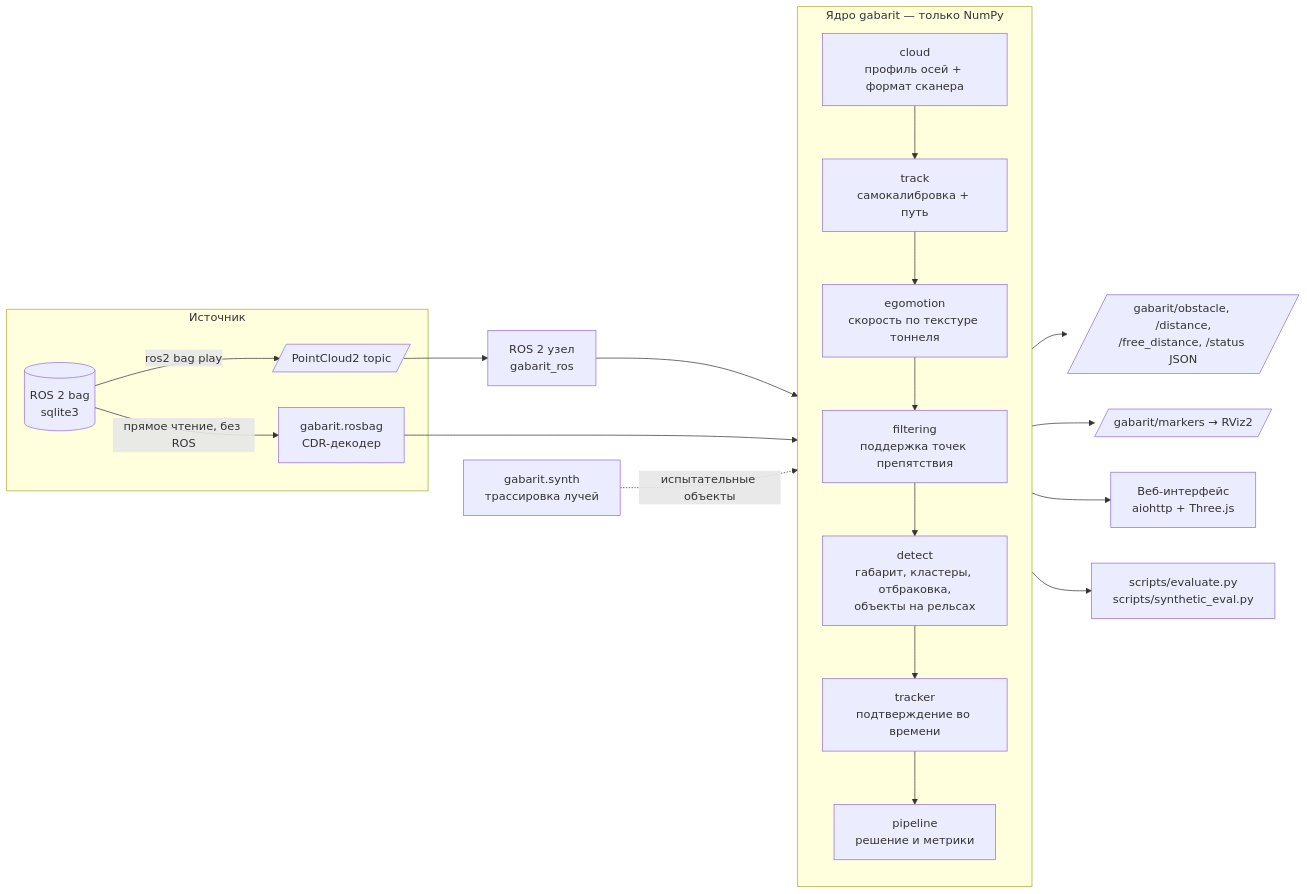
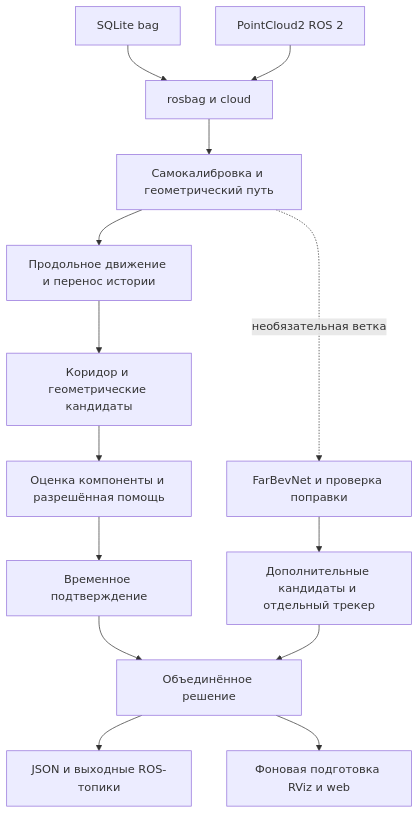
Before and after one commit to EnglishMan47/Gabarit_metro: the diagram in docs/ARCHITECTURE.md, drawn with Mermaid. The commit also changed other lines of this file and 27 other files, not shown here.

````diff
--- a/docs/ARCHITECTURE.md
+++ b/docs/ARCHITECTURE.md
@@ -3,24 +5,16 @@
 ```mermaid
-flowchart LR
-    subgraph Источник
-      BAG[(ROS 2 bag<br/>sqlite3)] -->|ros2 bag play| TOPIC[/PointCloud2 topic/]
-      BAG -->|прямое чтение, без ROS| READER[gabarit.rosbag<br/>CDR-декодер]
-    end
-    TOPIC --> NODE[ROS 2 узел<br/>gabarit_ros]
-    NODE --> CORE
-    READER --> CORE
-    subgraph CORE[Ядро gabarit — только NumPy]
-      direction TB
-      C1[cloud<br/>профиль осей + формат сканера] --> C2[track<br/>самокалибровка + путь]
-      C2 --> C3[egomotion<br/>скорость по текстуре тоннеля]
-      C3 --> FILTER[filtering<br/>поддержка точек препятствия]
-      FILTER --> C4[detect<br/>габарит, кластеры, отбраковка,<br/>объекты на рельсах]
-      C4 --> C5[tracker<br/>подтверждение во времени]
-      C5 --> C6[pipeline<br/>решение и метрики]
-    end
-    C6 --> OUT1[/gabarit/obstacle, /distance,<br/>/free_distance, /status JSON/]
-    C6 --> OUT2[/gabarit/markers → RViz2/]
-    C6 --> WEB[Веб-интерфейс<br/>aiohttp + Three.js]
-    C6 --> EVAL[scripts/evaluate.py<br/>scripts/synthetic_eval.py]
-    SYN[gabarit.synth<br/>трассировка лучей] -. испытательные объекты .-> CORE
+flowchart TD
+  BAG[SQLite bag] --> READER[rosbag и cloud]
+  ROS[PointCloud2 ROS 2] --> READER
+  READER --> TRACK[Самокалибровка и геометрический путь]
+  TRACK --> EGO[Продольное движение и перенос истории]
+  EGO --> DETECT[Коридор и геометрические кандидаты]
+  DETECT --> FOREST[Оценка компоненты и разрешённая помощь]
+  FOREST --> CONFIRM[Временное подтверждение]
+  TRACK -. необязательная ветка .-> BEV[FarBevNet и проверка поправки]
+  BEV --> EXTRA[Дополнительные кандидаты и отдельный трекер]
+  CONFIRM --> MERGE[Объединённое решение]
+  EXTRA --> MERGE
+  MERGE --> JSON[JSON и выходные ROS-топики]
+  MERGE --> VIEW[Фоновая подготовка RViz и web]
 ```
````
